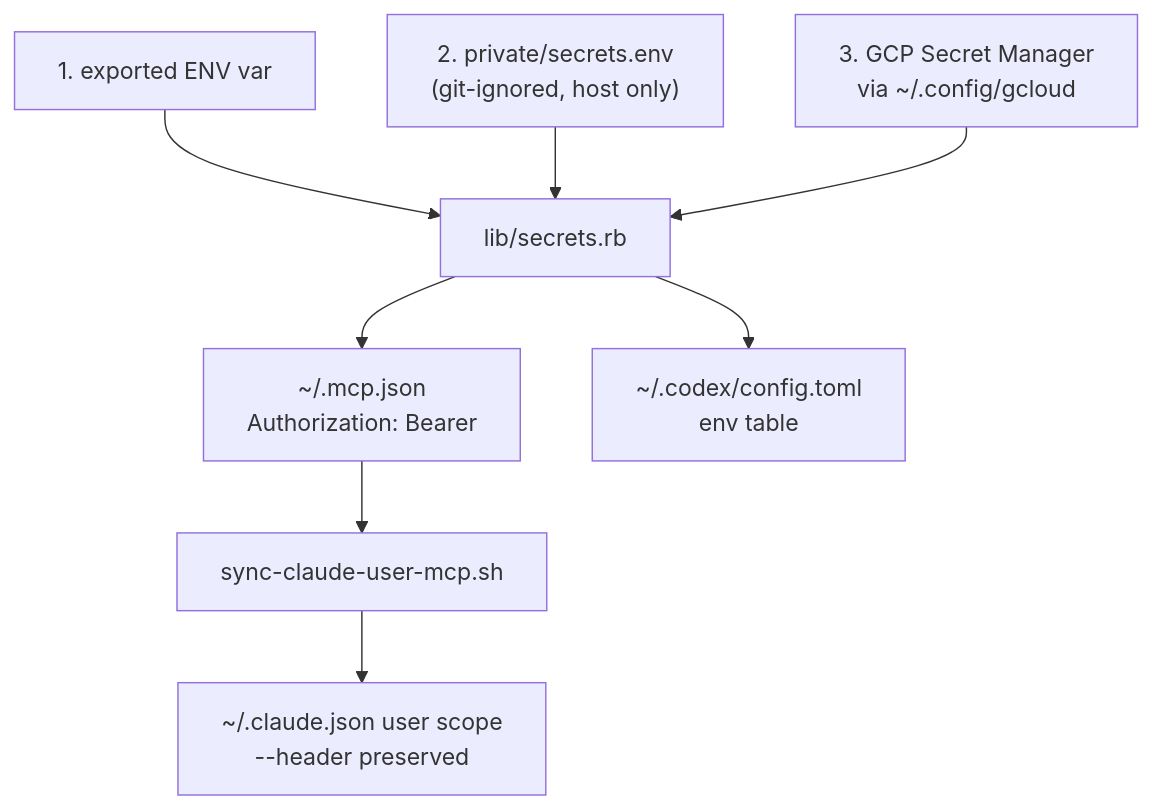
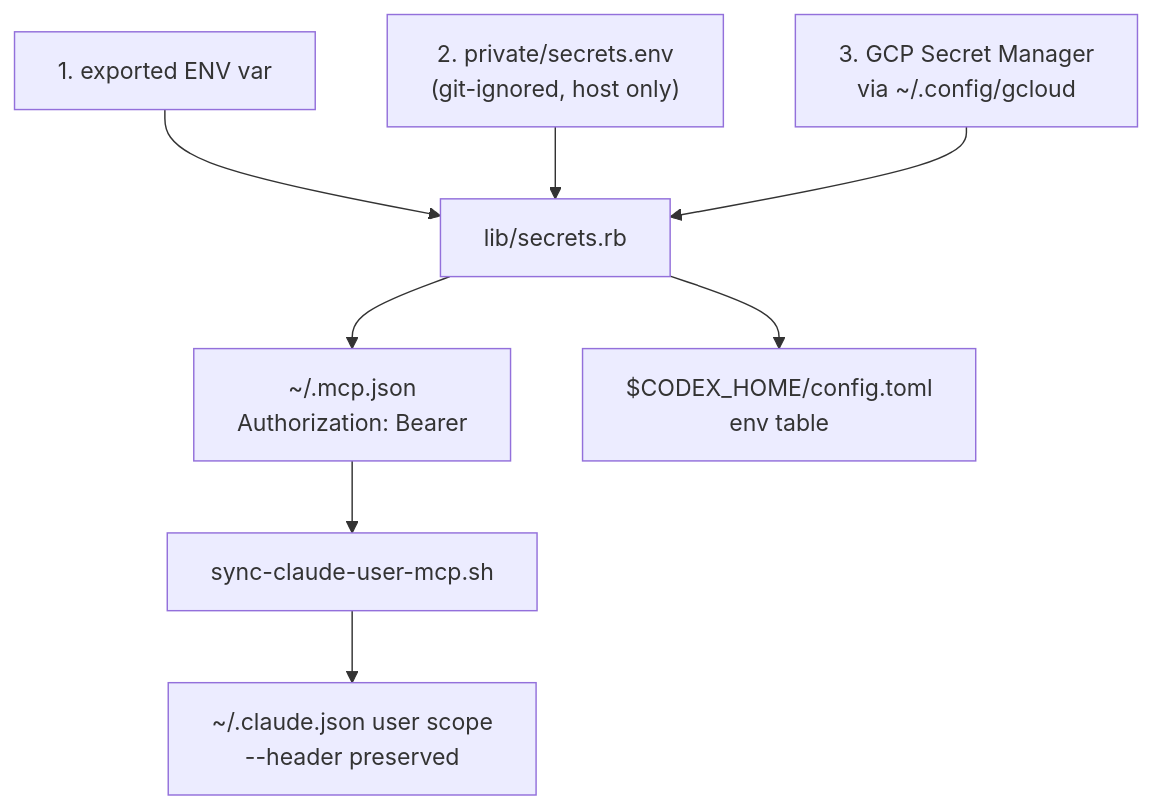
Before and after one commit to Tyaba/dotfiles: the second of 4 diagrams in README.md, drawn with Mermaid. The commit also changed other lines of this file and 7 other files, not shown here.

First line of the commit message:
fix(codex): devcontainer の CODEX_HOME を分離して host との設定衝突を解消する (#69)

````diff
--- a/README.md
+++ b/README.md
@@ -145,10 +188,10 @@
 ```mermaid
 flowchart TD
     A["1. exported ENV var"] --> D[lib/secrets.rb]
     B["2. private/secrets.env<br/>(git-ignored, host only)"] --> D
     C["3. GCP Secret Manager<br/>via ~/.config/gcloud"] --> D
     D --> E["~/.mcp.json<br/>Authorization: Bearer"]
-    D --> F["~/.codex/config.toml<br/>env table"]
+    D --> F["$CODEX_HOME/config.toml<br/>env table"]
     E --> G[sync-claude-user-mcp.sh]
     G --> H["~/.claude.json user scope<br/>--header preserved"]
 ```
````
